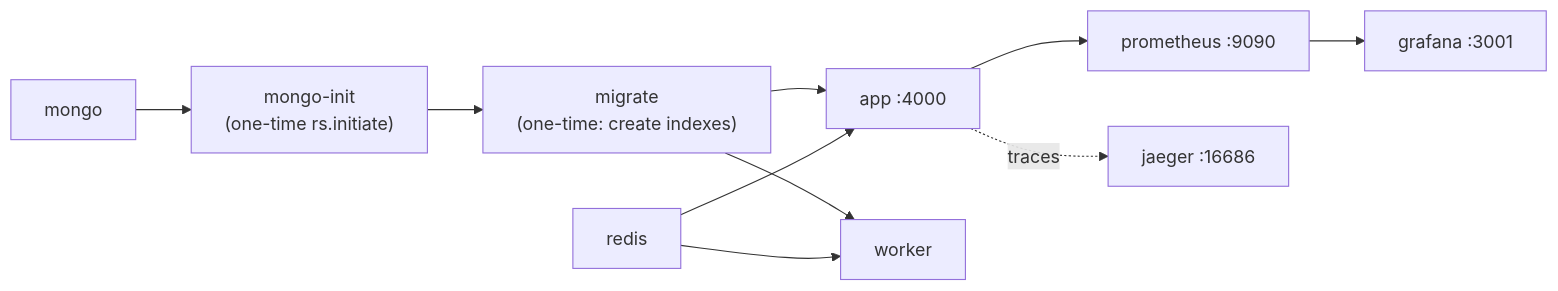
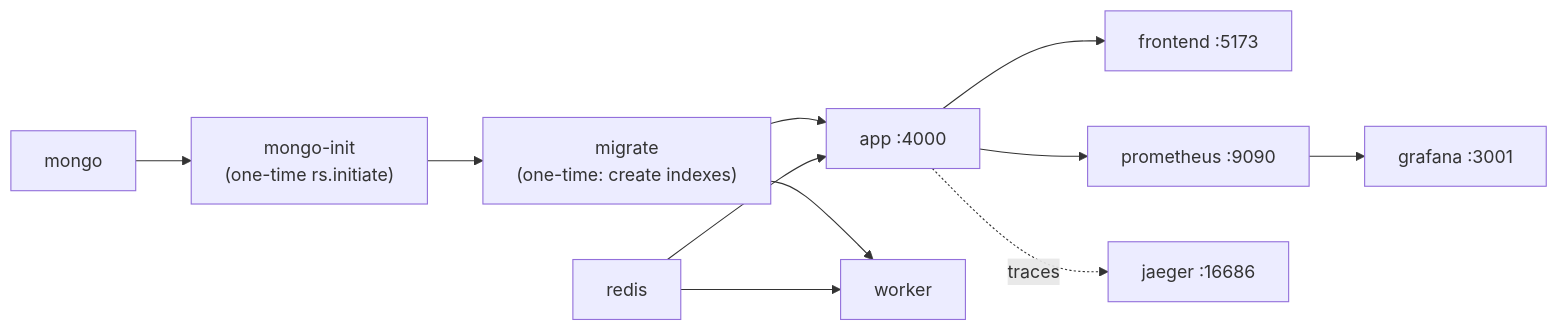
Before and after one commit to anupamsingh-engineer/NeoDrive: the diagram in backend/INSTALLATION.md, drawn with Mermaid. The commit also changed other lines of this file and 7 other files, not shown here.

````diff
--- a/backend/INSTALLATION.md
+++ b/backend/INSTALLATION.md
@@ -47,12 +47,13 @@
 ```mermaid
 flowchart LR
     mongo["mongo"] --> mongo_init["mongo-init<br/>(one-time rs.initiate)"]
     mongo_init --> migrate["migrate<br/>(one-time: create indexes)"]
     migrate --> app["app :4000"]
     migrate --> worker["worker"]
     redis["redis"] --> app
     redis --> worker
+    app --> frontend["frontend :5173"]
     app --> prometheus["prometheus :9090"]
     prometheus --> grafana["grafana :3001"]
     app -. traces .-> jaeger["jaeger :16686"]
 ```
````
